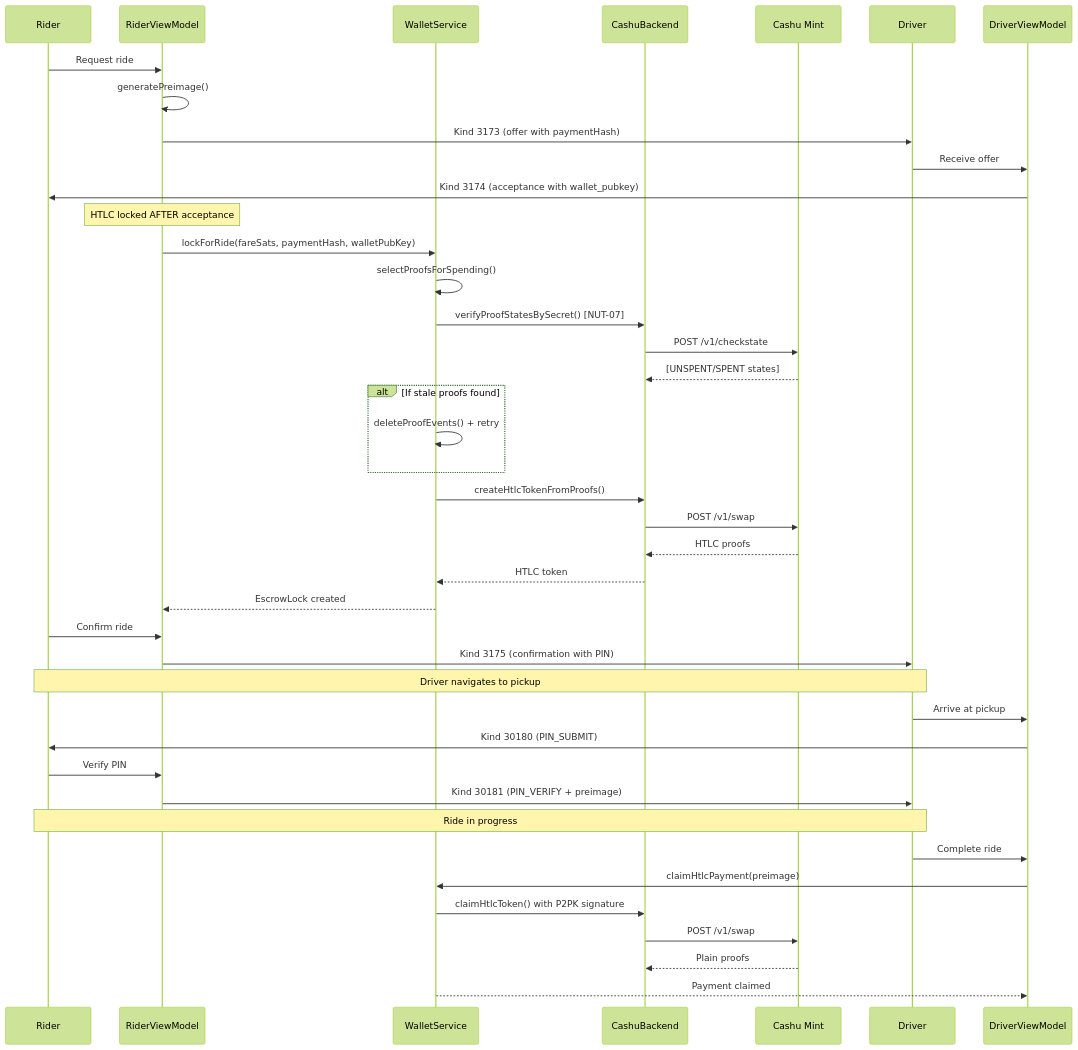
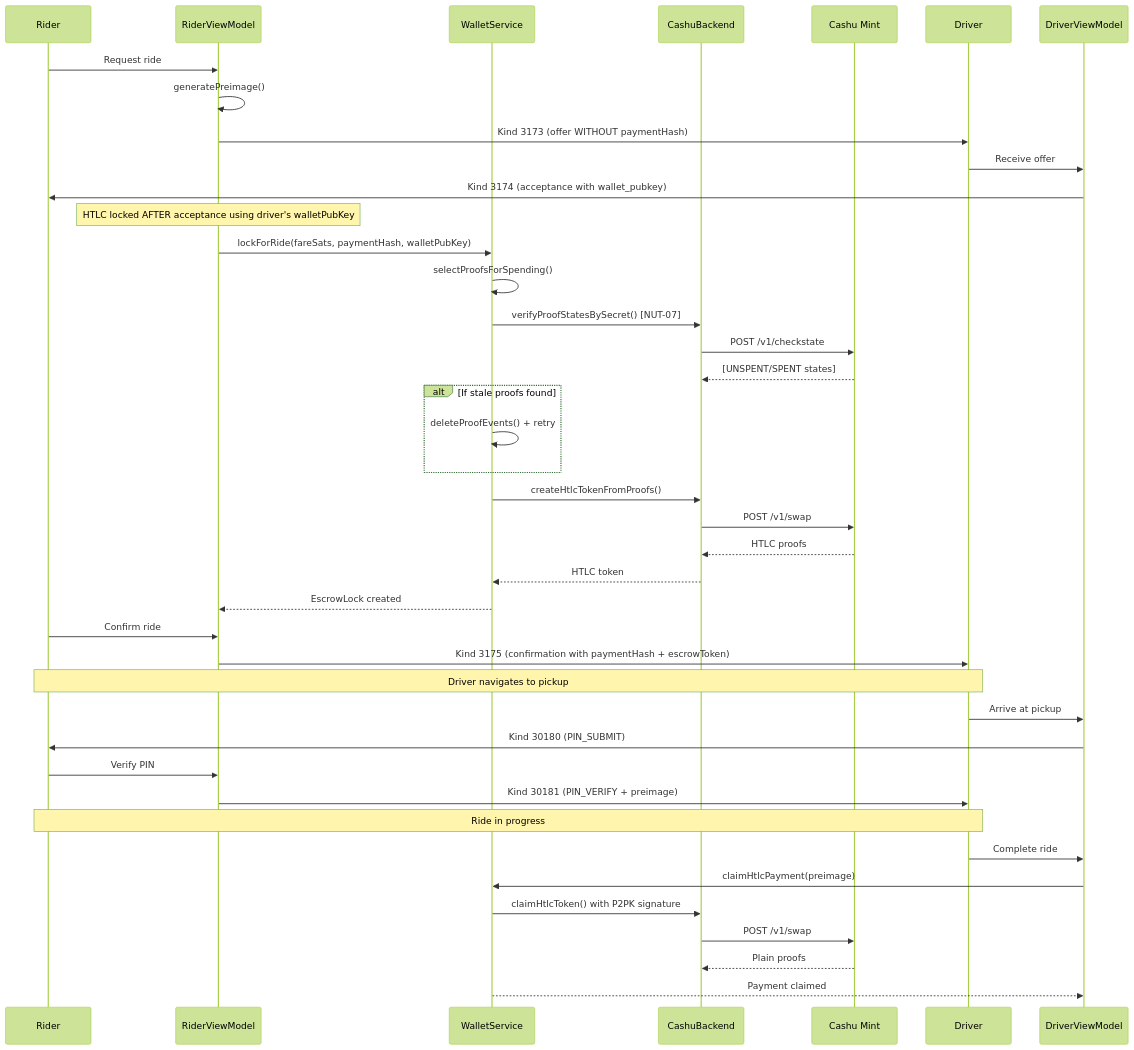
The fourth of 7 diagrams in docs/CONNECTIONS.md (variablefate/ridestr), drawn with Mermaid (forest theme) before and after one commit. The commit also changed other lines of this file and 10 other files, not shown here.

First line of the commit message:
Move paymentHash from offer to confirmation + persist RoadFlare driver names

````diff
--- a/docs/CONNECTIONS.md
+++ b/docs/CONNECTIONS.md
@@ -171,51 +171,51 @@
 ```mermaid
 sequenceDiagram
     participant R as Rider
     participant RVM as RiderViewModel
     participant WS as WalletService
     participant CB as CashuBackend
     participant MINT as Cashu Mint
     participant D as Driver
     participant DVM as DriverViewModel
 
     R->>RVM: Request ride
     RVM->>RVM: generatePreimage()
-    RVM->>D: Kind 3173 (offer with paymentHash)
+    RVM->>D: Kind 3173 (offer WITHOUT paymentHash)
     D->>DVM: Receive offer
     DVM->>R: Kind 3174 (acceptance with wallet_pubkey)
 
-    Note over RVM: HTLC locked AFTER acceptance
+    Note over RVM: HTLC locked AFTER acceptance using driver's walletPubKey
 
     RVM->>WS: lockForRide(fareSats, paymentHash, walletPubKey)
     WS->>WS: selectProofsForSpending()
     WS->>CB: verifyProofStatesBySecret() [NUT-07]
     CB->>MINT: POST /v1/checkstate
     MINT-->>CB: [UNSPENT/SPENT states]
     alt If stale proofs found
         WS->>WS: deleteProofEvents() + retry
     end
     WS->>CB: createHtlcTokenFromProofs()
     CB->>MINT: POST /v1/swap
     MINT-->>CB: HTLC proofs
     CB-->>WS: HTLC token
     WS-->>RVM: EscrowLock created
 
     R->>RVM: Confirm ride
-    RVM->>D: Kind 3175 (confirmation with PIN)
+    RVM->>D: Kind 3175 (confirmation with paymentHash + escrowToken)
 
     Note over R,D: Driver navigates to pickup
 
     D->>DVM: Arrive at pickup
     DVM->>R: Kind 30180 (PIN_SUBMIT)
     R->>RVM: Verify PIN
     RVM->>D: Kind 30181 (PIN_VERIFY + preimage)
 
     Note over R,D: Ride in progress
 
     D->>DVM: Complete ride
     DVM->>WS: claimHtlcPayment(preimage)
     WS->>CB: claimHtlcToken() with P2PK signature
     CB->>MINT: POST /v1/swap
     MINT-->>CB: Plain proofs
     WS-->>DVM: Payment claimed
 ```
````
